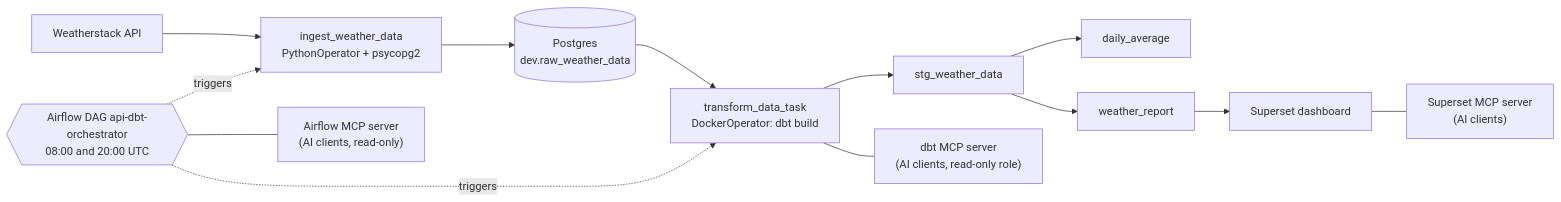
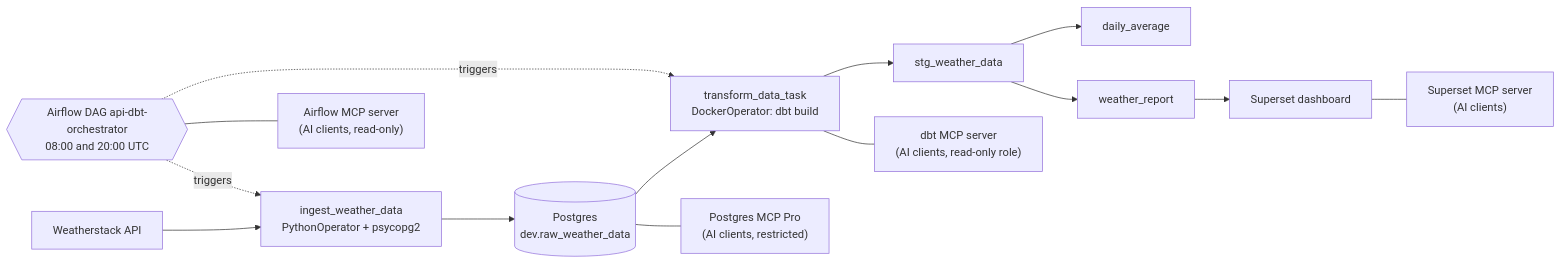
The diagram in README.md (henrymarinho90/weather-data-project), drawn with Mermaid before and after one commit. The commit also changed other lines of this file and 5 other files, not shown here.

First line of the commit message:
Add Postgres MCP Pro in restricted mode

````diff
--- a/README.md
+++ b/README.md
@@ -9,15 +9,16 @@
 ```mermaid
 flowchart LR
     API["Weatherstack API"] --> ING["ingest_weather_data<br/>PythonOperator + psycopg2"]
     ING --> RAW[("Postgres<br/>dev.raw_weather_data")]
     RAW --> DBT["transform_data_task<br/>DockerOperator: dbt build"]
     DBT --> STG["stg_weather_data"]
     STG --> DA["daily_average"]
     STG --> WR["weather_report"]
     WR --> SS["Superset dashboard"]
     AF{{"Airflow DAG api-dbt-orchestrator<br/>08:00 and 20:00 UTC"}} -. triggers .-> ING
     AF -. triggers .-> DBT
     SS --- MCP["Superset MCP server<br/>(AI clients)"]
     AF --- AMCP["Airflow MCP server<br/>(AI clients, read-only)"]
     DBT --- DMCP["dbt MCP server<br/>(AI clients, read-only role)"]
+    RAW --- PMCP["Postgres MCP Pro<br/>(AI clients, restricted)"]
 ```
````
